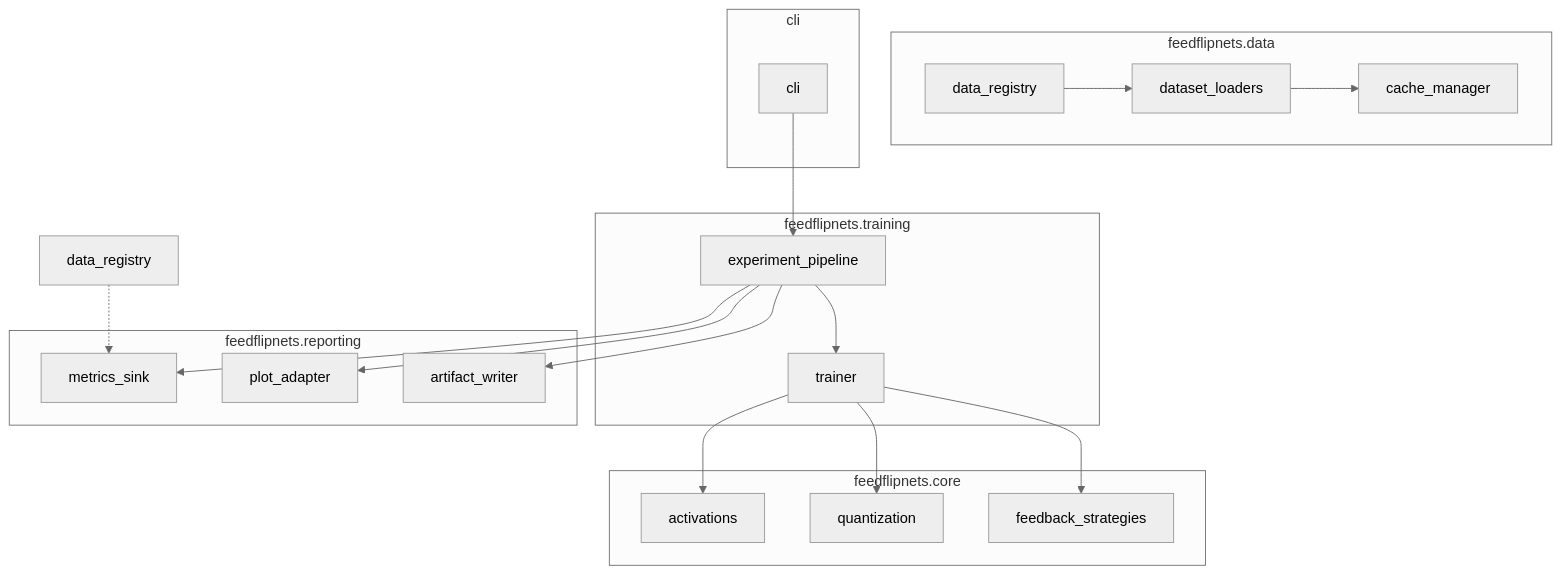
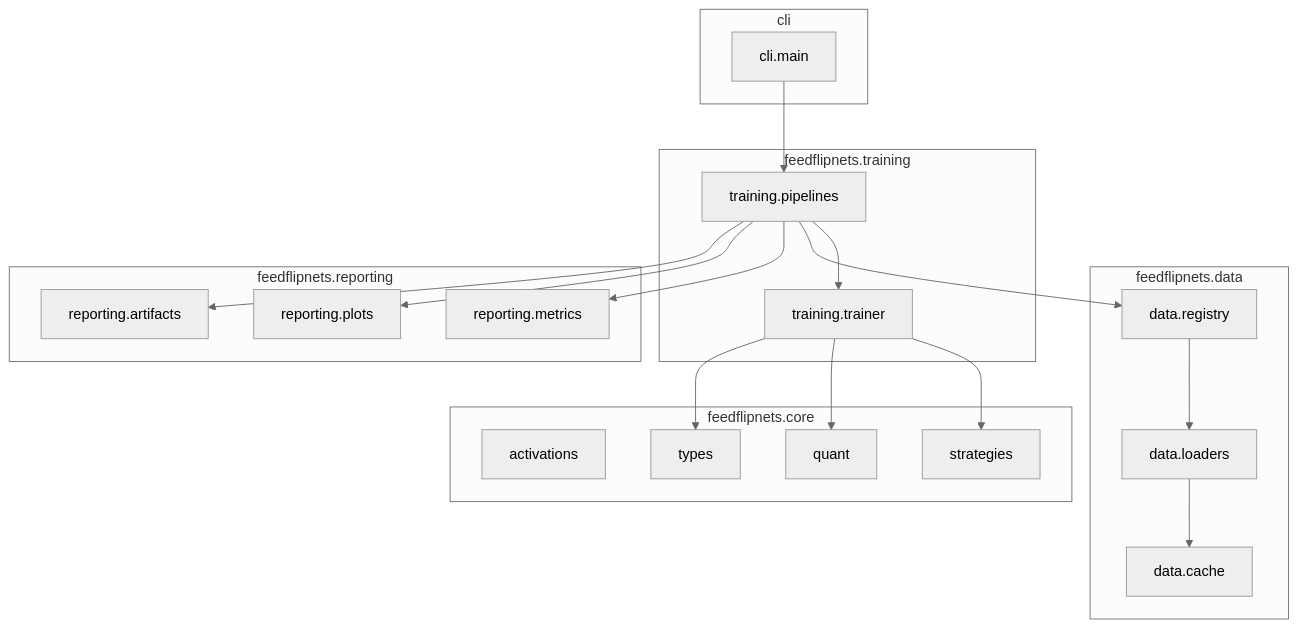
One commit to akigogikar/FeedFlipNets changed the diagram in _design/ARCHITECTURE_TARGET.md. Above: the diagram before and after it, drawn with Mermaid (neutral theme). The commit also changed other lines of this file and 45 other files, not shown here.

````diff
--- a/_design/ARCHITECTURE_TARGET.md
+++ b/_design/ARCHITECTURE_TARGET.md
@@ -9,37 +9,38 @@
 ```mermaid
 graph TD
     subgraph feedflipnets.core
         activations[activations]
-        quantization[quantization]
-        feedback[feedback_strategies]
+        quant[quant]
+        strategies[strategies]
+        types[types]
     end
     subgraph feedflipnets.data
-        registry[data_registry]
-        loaders[dataset_loaders]
-        cache[cache_manager]
+        registry[data.registry]
+        cache[data.cache]
+        loaders[data.loaders]
     end
     subgraph feedflipnets.training
-        trainer[trainer]
-        pipelines[experiment_pipeline]
+        trainer[training.trainer]
+        pipelines[training.pipelines]
     end
     subgraph feedflipnets.reporting
-        metrics[metrics_sink]
-        plots[plot_adapter]
-        artifacts[artifact_writer]
+        metrics[reporting.metrics]
+        plots[reporting.plots]
+        artifacts[reporting.artifacts]
     end
     subgraph cli
-        cli_entry[cli]
+        entry[cli.main]
     end
 
     registry --> loaders
     loaders --> cache
-    trainer --> activations
-    trainer --> quantization
-    trainer --> feedback
+    trainer --> strategies
+    trainer --> quant
+    trainer --> types
     pipelines --> trainer
+    pipelines --> registry
     pipelines --> metrics
     pipelines --> plots
     pipelines --> artifacts
-    cli_entry --> pipelines
-    data_registry -.-> metrics
+    entry --> pipelines
 ```
````
